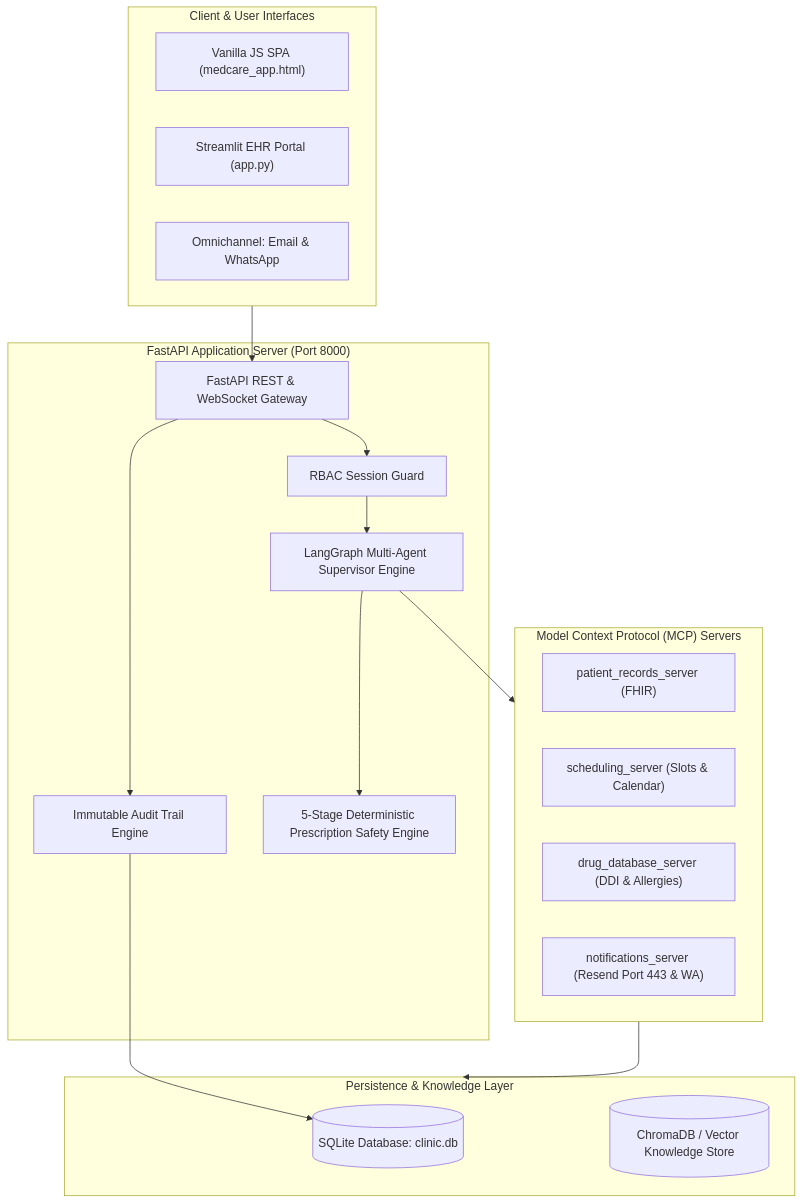
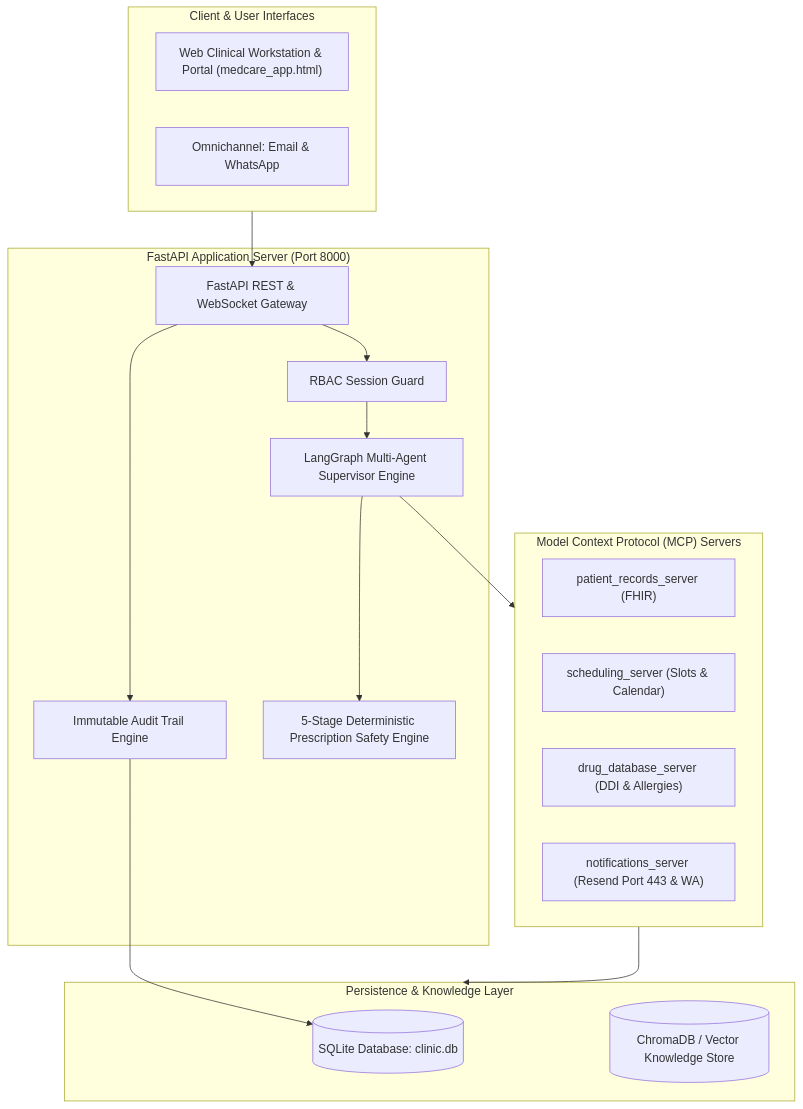
Before and after one commit to SairaF-Dev/multi_agent_ai_clinic_assistant: the first of 2 diagrams in docs/runbook.md, drawn with Mermaid. The commit also changed other lines of this file and 3 other files, not shown here.

Commit message:
chore: remove redundant Streamlit app and dependencies for single clean full-stack architecture

````diff
--- a/docs/runbook.md
+++ b/docs/runbook.md
@@ -14,35 +14,34 @@
 ```mermaid
 flowchart TD
     subgraph ClientLayer["Client & User Interfaces"]
-        UI_SPA["Vanilla JS SPA (medcare_app.html)"]
-        UI_ST["Streamlit EHR Portal (app.py)"]
+        UI_SPA["Web Clinical Workstation & Portal (medcare_app.html)"]
         CLIENT_EXT["Omnichannel: Email & WhatsApp"]
     end
 
     subgraph AppLayer["FastAPI Application Server (Port 8000)"]
         API_GW["FastAPI REST & WebSocket Gateway"]
         AUTH["RBAC Session Guard"]
         AUDIT["Immutable Audit Trail Engine"]
         SUPERVISOR["LangGraph Multi-Agent Supervisor Engine"]
         SAFETY_ENG["5-Stage Deterministic Prescription Safety Engine"]
     end
 
     subgraph MCPLayer["Model Context Protocol (MCP) Servers"]
         MCP_PAT["patient_records_server (FHIR)"]
         MCP_SCHED["scheduling_server (Slots & Calendar)"]
         MCP_DRUG["drug_database_server (DDI & Allergies)"]
         MCP_NOTIF["notifications_server (Resend Port 443 & WA)"]
     end
 
     subgraph DataLayer["Persistence & Knowledge Layer"]
         DB_SQLITE[("SQLite Database: clinic.db")]
         CHROMA_RAG[("ChromaDB / Vector Knowledge Store")]
     end
 
     ClientLayer --> API_GW
     API_GW --> AUTH --> SUPERVISOR
     SUPERVISOR --> SAFETY_ENG
     SUPERVISOR --> MCPLayer
     MCPLayer --> DataLayer
     API_GW --> AUDIT --> DB_SQLITE
 ```
````
